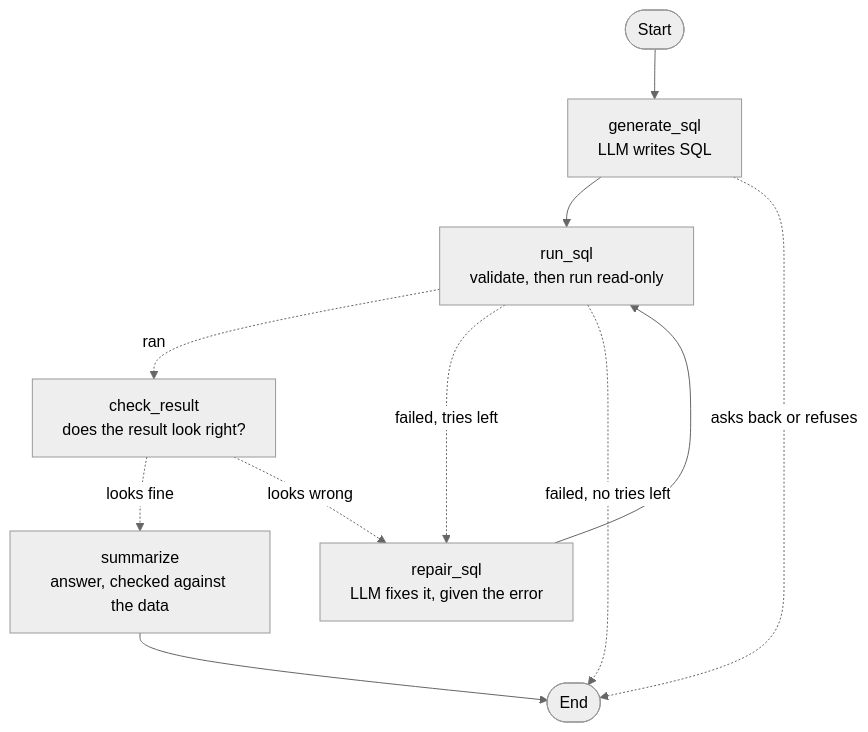
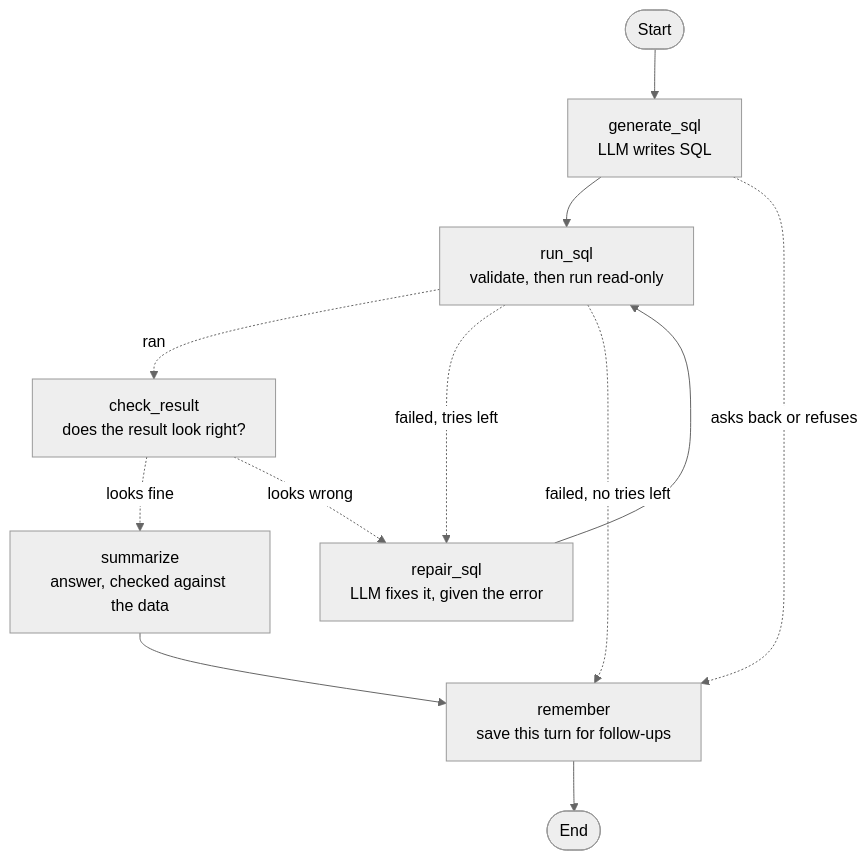
The diagram in README.md (Mohamed-Dahy/querymind), drawn with Mermaid (neutral theme) before and after one commit. The commit also changed other lines of this file and 20 other files, not shown here.

````diff
--- a/README.md
+++ b/README.md
@@ -35,13 +39,14 @@
 ```mermaid
 graph TD;
     start([Start]) --> generate_sql;
     generate_sql["generate_sql<br/>LLM writes SQL"] --> run_sql;
     run_sql["run_sql<br/>validate, then run read-only"] -. ran .-> check_result;
     run_sql -. failed, tries left .-> repair_sql;
-    run_sql -. failed, no tries left .-> done([End]);
-    generate_sql -. asks back or refuses .-> done;
+    run_sql -. failed, no tries left .-> remember;
+    generate_sql -. asks back or refuses .-> remember;
     check_result["check_result<br/>does the result look right?"] -. looks fine .-> summarize;
     check_result -. looks wrong .-> repair_sql;
     repair_sql["repair_sql<br/>LLM fixes it, given the error"] --> run_sql;
-    summarize["summarize<br/>answer, checked against the data"] --> done;
+    summarize["summarize<br/>answer, checked against the data"] --> remember;
+    remember["remember<br/>save this turn for follow-ups"] --> done([End]);
 ```
````
